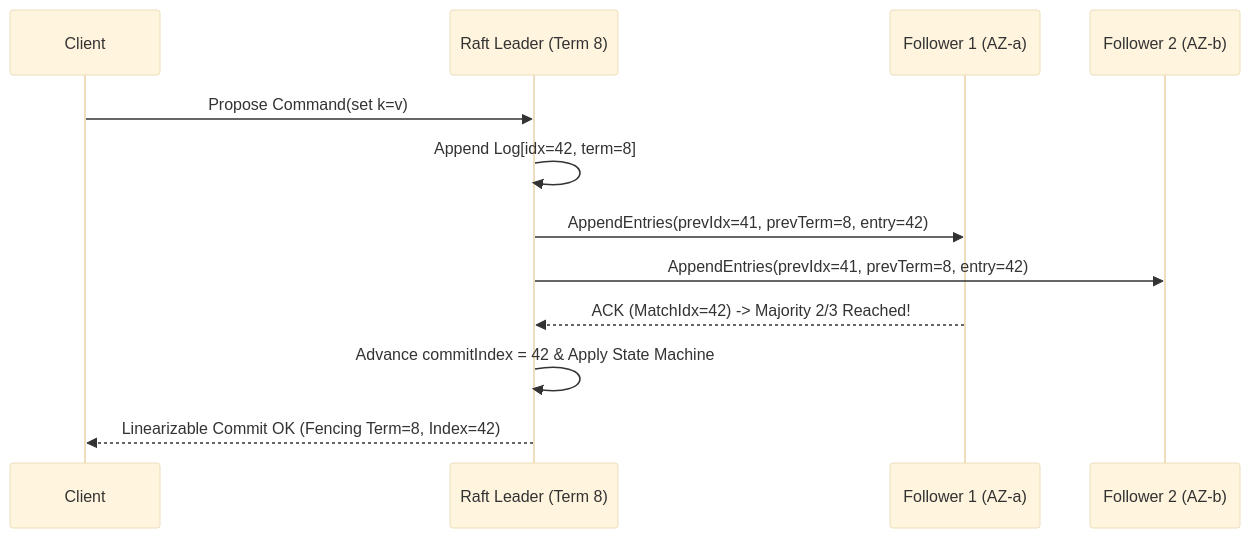
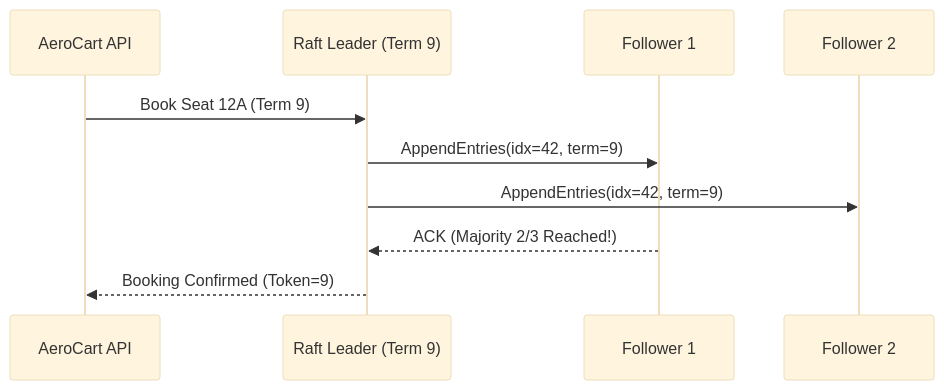
One commit to manjunathk833/codingforinterviews changed the diagram in knowledgebase/system-design/05-replication-quorums-and-raft-consensus.md. Above: the diagram before and after it, drawn with Mermaid (base theme). The commit also changed other lines of this file and 55 other files, not shown here.

````diff
--- a/knowledgebase/system-design/05-replication-quorums-and-raft-consensus.md
+++ b/knowledgebase/system-design/05-replication-quorums-and-raft-consensus.md
@@ -69,15 +90,12 @@
 ```mermaid
 sequenceDiagram
-  participant C as Client
-  participant L as Raft Leader (Term 8)
-  participant F1 as Follower 1 (AZ-a)
-  participant F2 as Follower 2 (AZ-b)
-
-  C->>L: Propose Command(set k=v)
-  L->>L: Append Log[idx=42, term=8]
-  L->>F1: AppendEntries(prevIdx=41, prevTerm=8, entry=42)
-  L->>F2: AppendEntries(prevIdx=41, prevTerm=8, entry=42)
-  F1-->>L: ACK (MatchIdx=42) -> Majority 2/3 Reached!
-  L->>L: Advance commitIndex = 42 & Apply State Machine
-  L-->>C: Linearizable Commit OK (Fencing Term=8, Index=42)
+  participant C as AeroCart API
+  participant L as Raft Leader (Term 9)
+  participant F1 as Follower 1
+  participant F2 as Follower 2
+  C->>L: Book Seat 12A (Term 9)
+  L->>F1: AppendEntries(idx=42, term=9)
+  L->>F2: AppendEntries(idx=42, term=9)
+  F1-->>L: ACK (Majority 2/3 Reached!)
+  L-->>C: Booking Confirmed (Token=9)
 ```
````
